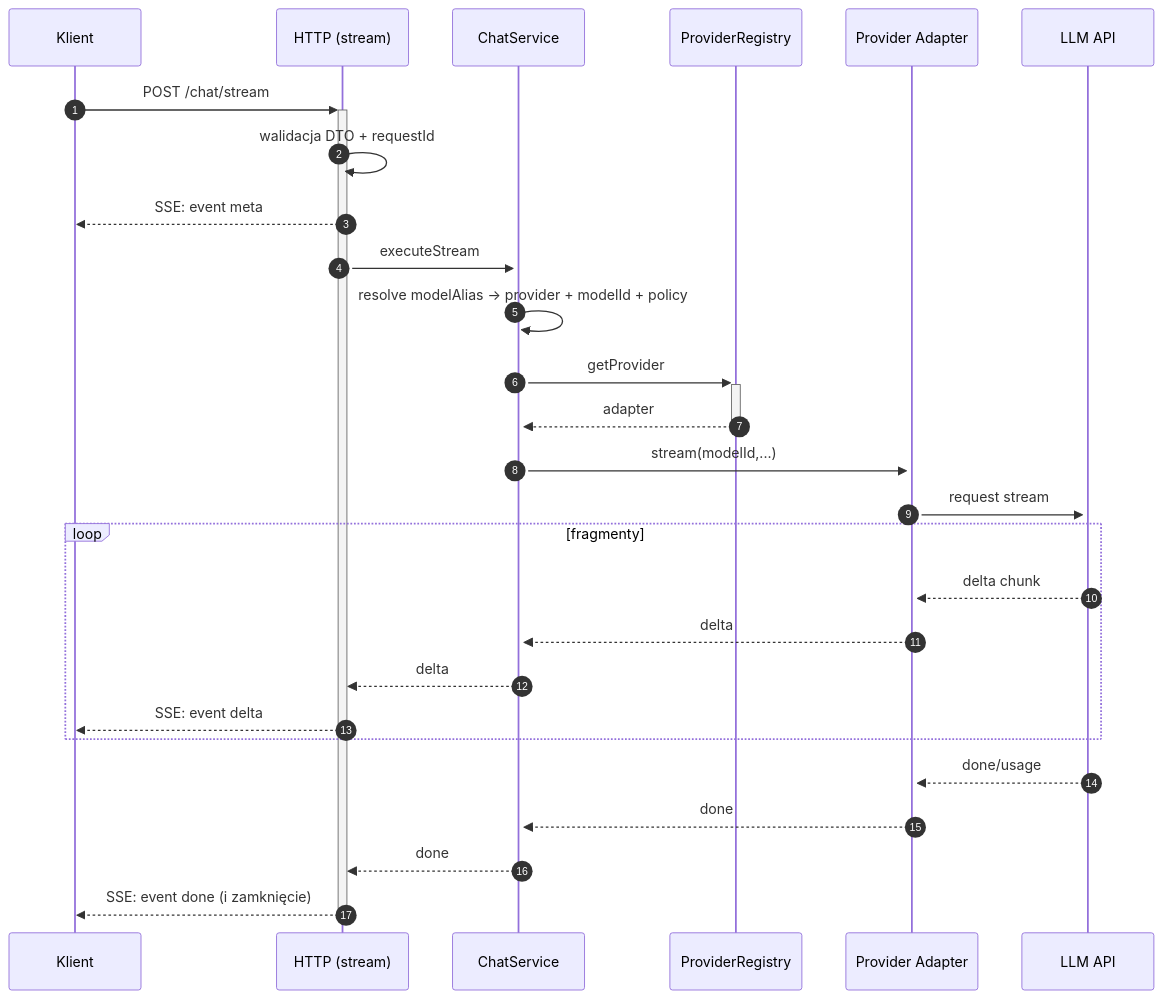
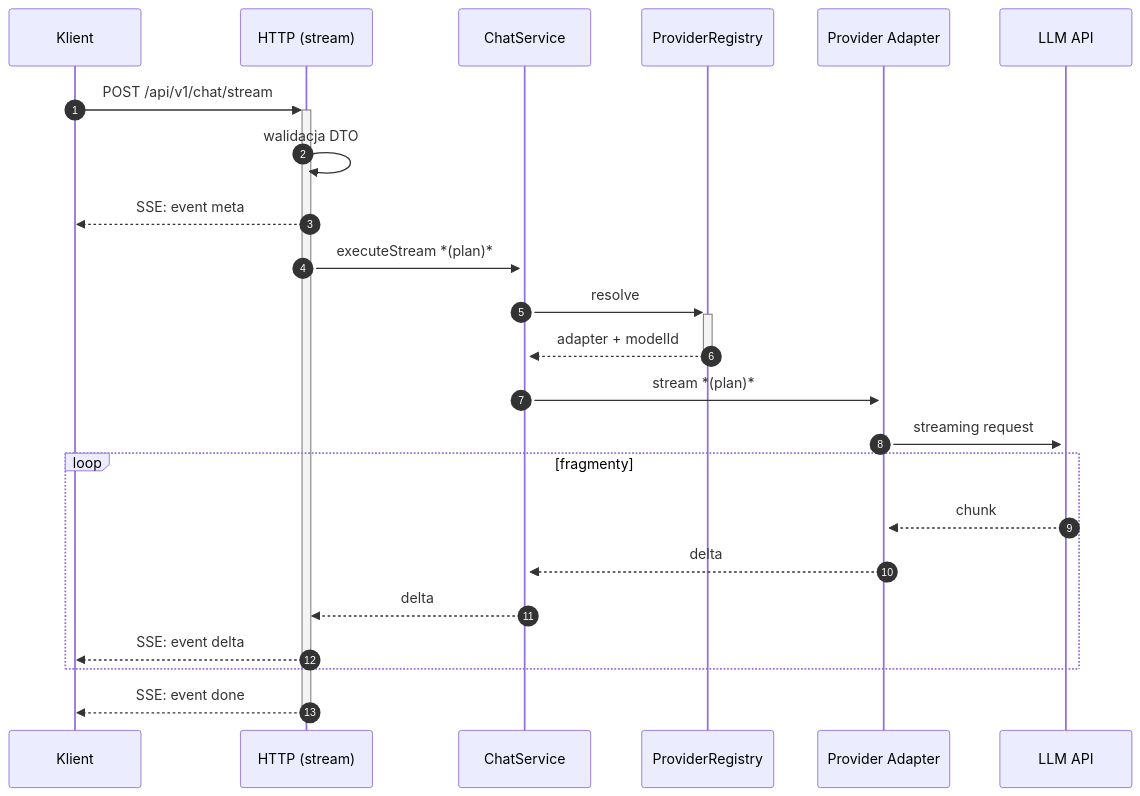
The fourth of 4 diagrams in docs/data_flow.md (matej2314/ai-provider-gateway), drawn with Mermaid before and after one commit. The commit also changed other lines of this file and 23 other files, not shown here.

Commit message:
Update project documentation. Refactor gateway configuration object, provider registry, chat service.

````diff
--- a/docs/data_flow.md
+++ b/docs/data_flow.md
@@ -94,30 +97,26 @@
 ```mermaid
 sequenceDiagram
   autonumber
   participant K as Klient
   participant H as HTTP (stream)
   participant S as ChatService
   participant R as ProviderRegistry
   participant P as Provider Adapter
   participant A as LLM API
 
-  K->>+H: POST /chat/stream
-  H->>H: walidacja DTO + requestId
+  K->>+H: POST /api/v1/chat/stream
+  H->>H: walidacja DTO
   H-->>K: SSE: event meta
-  H->>+S: executeStream
-  S->>S: resolve modelAlias -> provider + modelId + policy
-  S->>+R: getProvider
-  R-->>-S: adapter
-  S->>+P: stream(modelId,...)
-  P->>+A: request stream
+  H->>+S: executeStream *(plan)*
+  S->>+R: resolve
+  R-->>-S: adapter + modelId
+  S->>+P: stream *(plan)*
+  P->>+A: streaming request
   loop fragmenty
-    A-->>P: delta chunk
+    A-->>P: chunk
     P-->>S: delta
     S-->>H: delta
     H-->>K: SSE: event delta
   end
-  A-->>P: done/usage
-  P-->>S: done
-  S-->>H: done
-  H-->>-K: SSE: event done (i zamknięcie)
+  H-->>-K: SSE: event done
 ```
````
